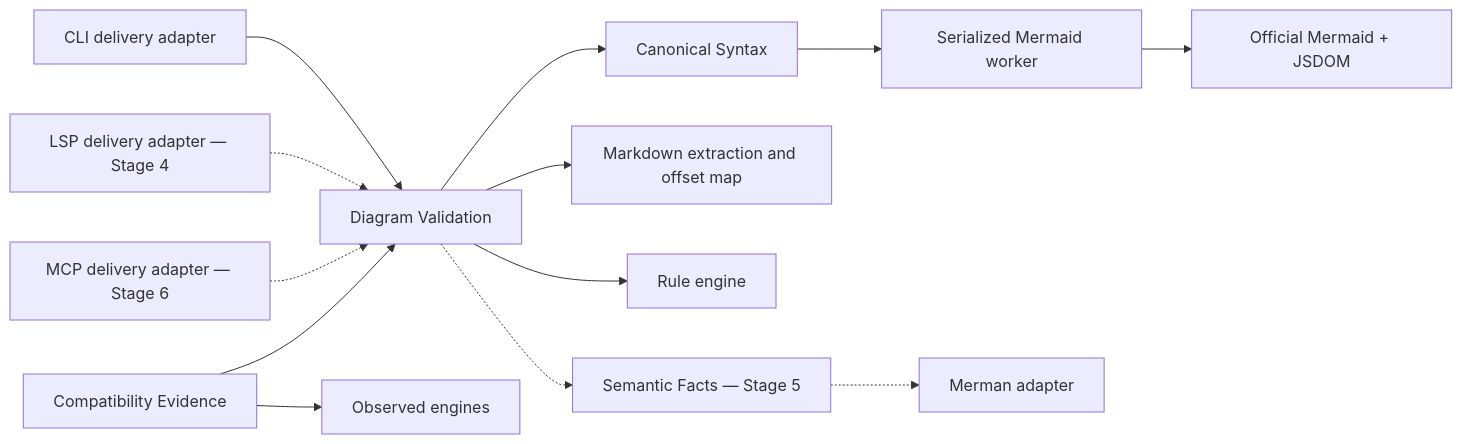
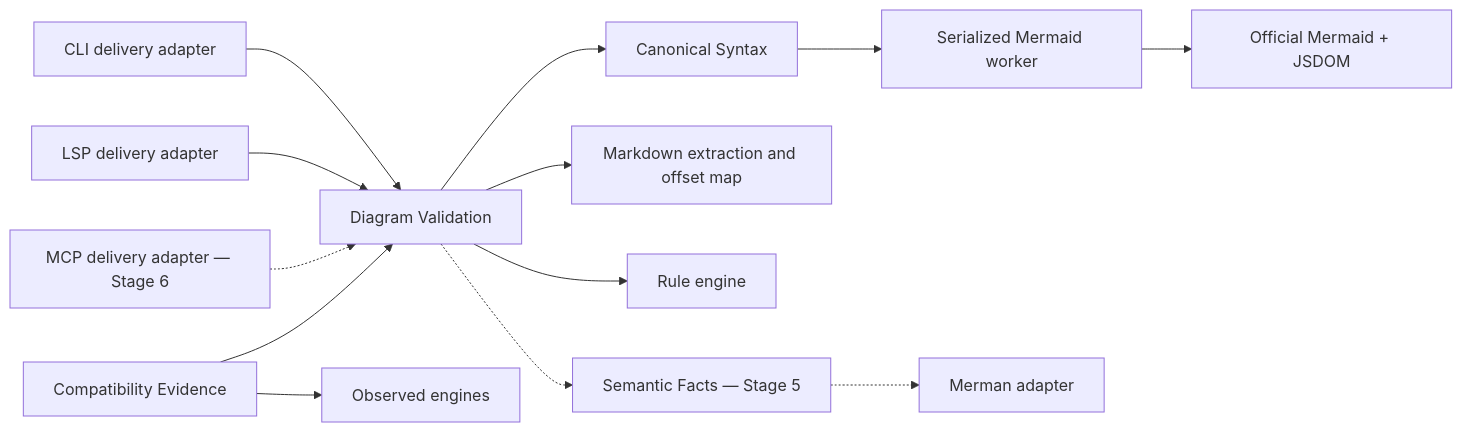
One commit to sanbaiw/mermaid-validator changed the first of 3 diagrams in ARCHITECTURE.md. Above: the diagram before and after it, drawn with Mermaid. The commit also changed other lines of this file and 30 other files, not shown here.

Commit message:
feat: complete Stage 4 LSP adapter

````diff
--- a/ARCHITECTURE.md
+++ b/ARCHITECTURE.md
@@ -60,17 +61,17 @@
 ```mermaid
 flowchart LR
   CLI["CLI delivery adapter"] --> VALIDATION["Diagram Validation"]
-  LSP["LSP delivery adapter — Stage 4"] -.-> VALIDATION
+  LSP["LSP delivery adapter"] --> VALIDATION
   MCP["MCP delivery adapter — Stage 6"] -.-> VALIDATION
   COMPAT["Compatibility Evidence"] --> VALIDATION
   COMPAT --> OBSERVED["Observed engines"]
 
   VALIDATION --> SYNTAX["Canonical Syntax"]
   VALIDATION --> EXTRACTION["Markdown extraction and offset map"]
   VALIDATION --> RULES["Rule engine"]
   VALIDATION -.-> FACTS["Semantic Facts — Stage 5"]
 
   SYNTAX --> WORKER["Serialized Mermaid worker"]
   WORKER --> MERMAID["Official Mermaid + JSDOM"]
   FACTS -.-> MERMAN["Merman adapter"]
 ```
````
